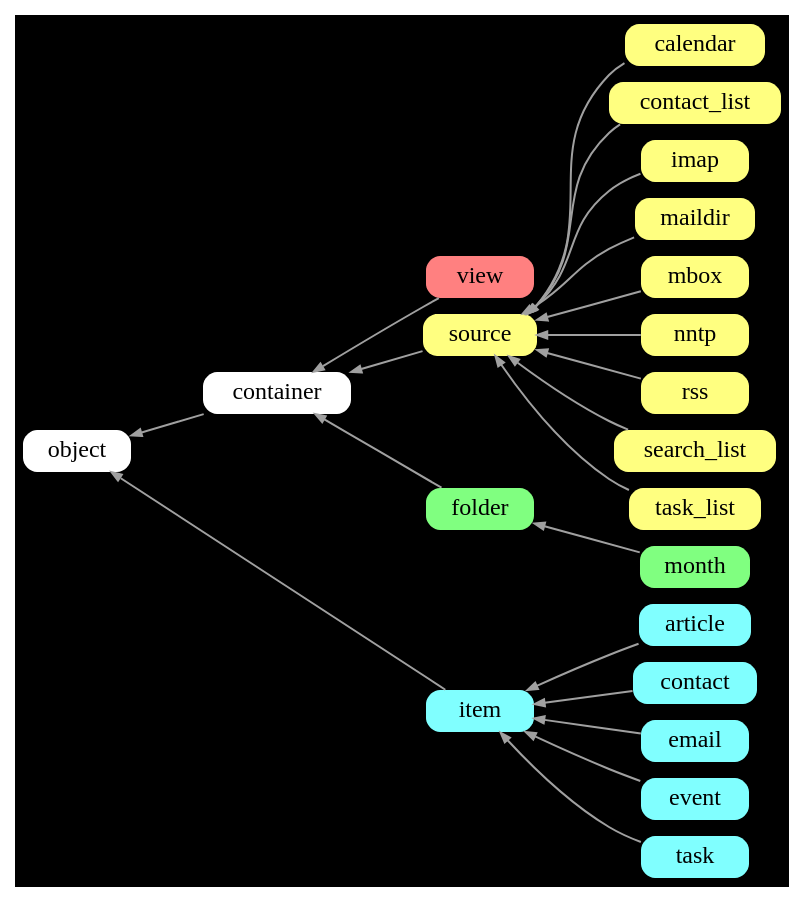
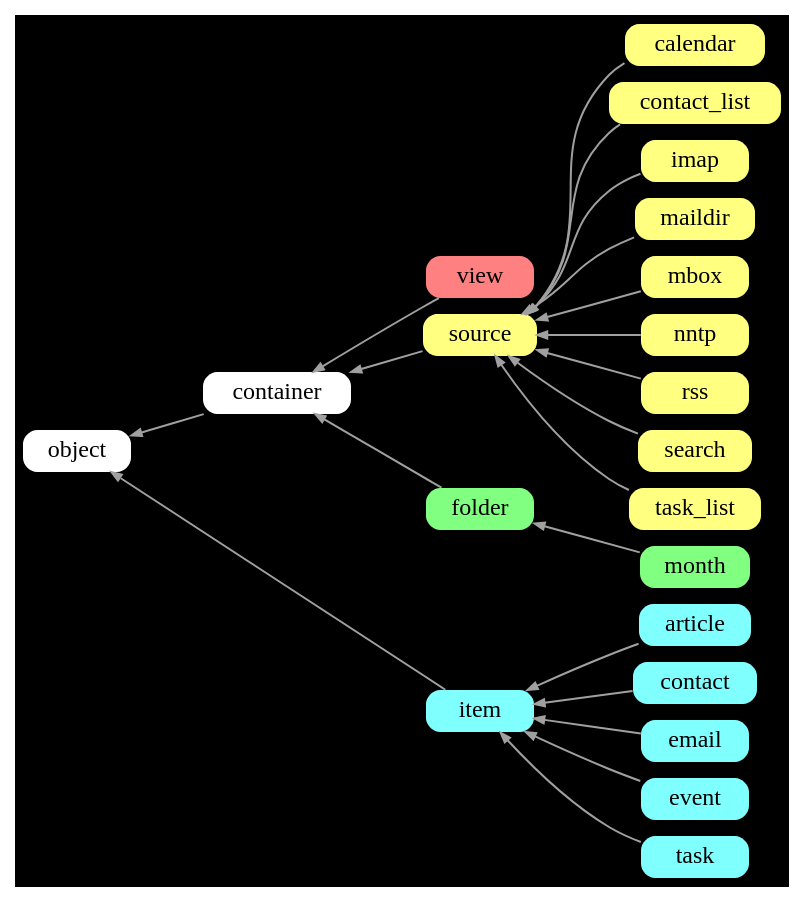
One commit to neomutt/test-arch changed the diagram in inherit.gv. Above: the diagram before and after it, drawn with Graphviz. The commit also changed 21 other files, not shown here.

```diff
--- a/inherit.gv
+++ b/inherit.gv
@@ -1,79 +1,79 @@
 digraph inherit {
 	graph [
 		rankdir="RL"
 		bgcolor="black"
 		color="white"
 		nodesep="0.1"
 		// ranksep="0.5"
 	];
 
 	node [
 		shape="Mrecord"
 		fontsize="12"
 		style="filled"
 		height="0.2"
 		penwidth="0.0"
 	];
 
 	edge [
 		penwidth="1.0"
 		color="#A0A0A0"
 		arrowsize="0.5"
 	];
 
 
 	object       [ fillcolor="#ffffff" ];
 	container    [ fillcolor="#ffffff" ];
 
 	view         [ fillcolor="#ff8080" ];
 
 	source       [ fillcolor="#ffff80" ];
 	calendar     [ fillcolor="#ffff80" ];
 	contact_list [ fillcolor="#ffff80" ];
 	imap         [ fillcolor="#ffff80" ];
 	maildir      [ fillcolor="#ffff80" ];
 	mbox         [ fillcolor="#ffff80" ];
 	nntp         [ fillcolor="#ffff80" ];
 	rss          [ fillcolor="#ffff80" ];
-	search_list  [ fillcolor="#ffff80" ];
+	search       [ fillcolor="#ffff80" ];
 	task_list    [ fillcolor="#ffff80" ];
 
 	folder       [ fillcolor="#80ff80" ];
 	month        [ fillcolor="#80ff80" ];
 
 	item         [ fillcolor="#80ffff" ];
 	article      [ fillcolor="#80ffff" ];
 	contact      [ fillcolor="#80ffff" ];
 	email        [ fillcolor="#80ffff" ];
 	event        [ fillcolor="#80ffff" ];
 	task         [ fillcolor="#80ffff" ];
 
 	container    -> object;
 
 	view         -> container;
 	folder       -> container;
 	source       -> container;
 
 	item         -> object;
 
 	month        -> folder;
 
 	calendar     -> source;
 	contact_list -> source;
 	imap         -> source;
 	maildir      -> source;
 	mbox         -> source;
 	nntp         -> source;
 	rss          -> source;
-	search_list  -> source;
+	search       -> source;
 	task_list    -> source;
 
 	article      -> item;
 	contact      -> item;
 	email        -> item;
 	event        -> item;
 	task         -> item;
 
 	{ rank=same source folder };
 	{ rank=same view source folder item };
 }
```
